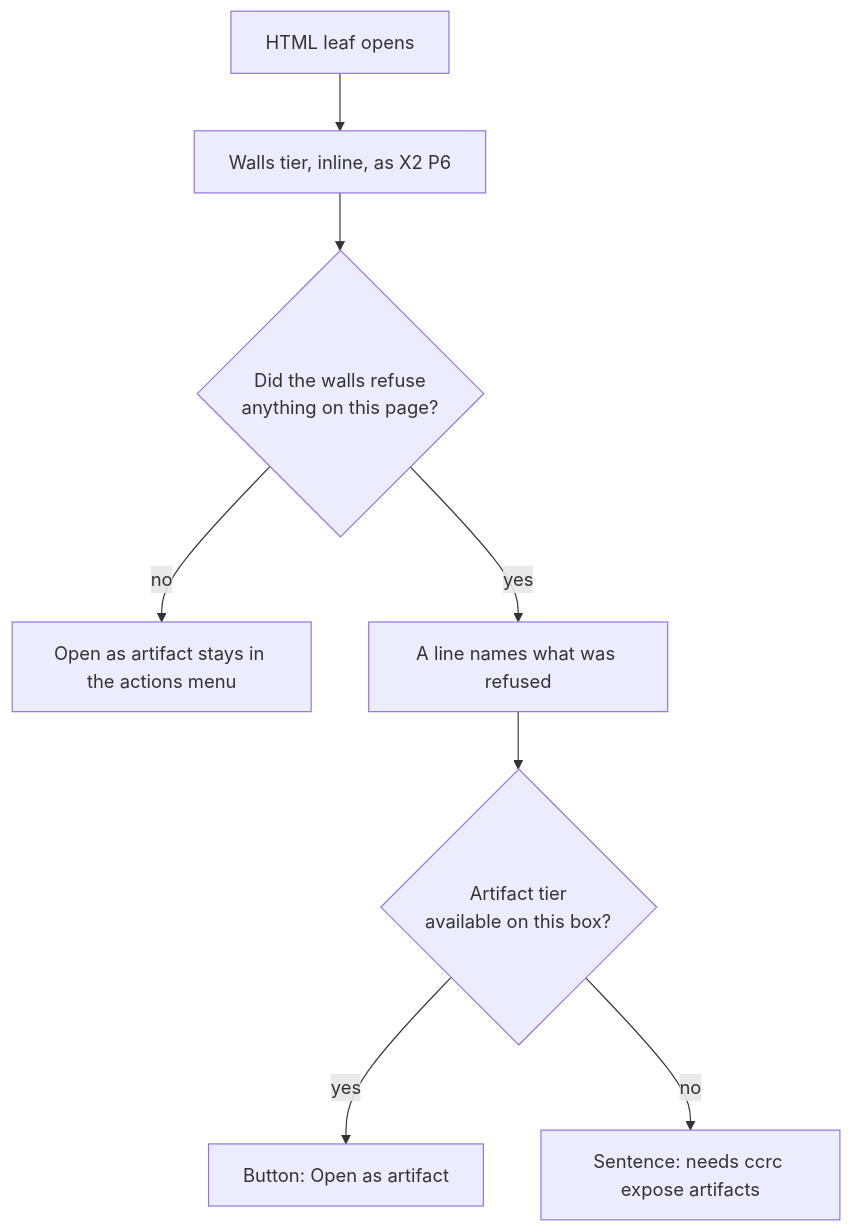
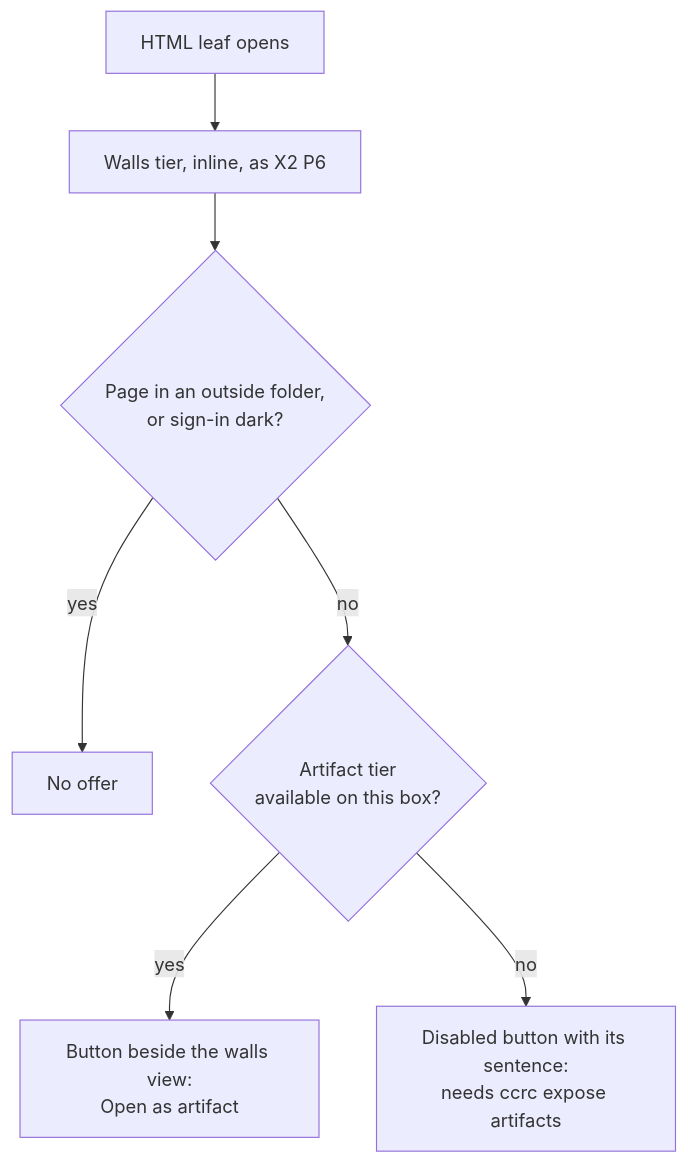
The fourth of 4 diagrams in docs/superpowers/specs/2026-11-19-native-docs-html-artifacts-design.md (Synapsium-Labs/ccrc-pwa), drawn with Mermaid before and after one commit. The commit also changed other lines of this file and 1 other file, not shown here.

First line of the commit message:
docs(docs-reader): X5 F4, Open as artifact offered on every HTML page

````diff
--- a/docs/superpowers/specs/2026-11-19-native-docs-html-artifacts-design.md
+++ b/docs/superpowers/specs/2026-11-19-native-docs-html-artifacts-design.md
@@ -379,10 +380,9 @@
 ```mermaid
 flowchart TD
   L["HTML leaf opens"] --> W["Walls tier, inline, as X2 P6"]
-  W --> Q{"Did the walls refuse<br/>anything on this page?"}
-  Q -- "no" --> N["Open as artifact stays in the actions menu"]
-  Q -- "yes" --> R["A line names what was refused"]
-  R --> H{"Artifact tier<br/>available on this box?"}
-  H -- "yes" --> B["Button: Open as artifact"]
-  H -- "no" --> T["Sentence: needs ccrc expose artifacts"]
+  W --> O{"Page in an outside folder,<br/>or sign-in dark?"}
+  O -- "yes" --> N["No offer"]
+  O -- "no" --> H{"Artifact tier<br/>available on this box?"}
+  H -- "yes" --> B["Button beside the walls view:<br/>Open as artifact"]
+  H -- "no" --> T["Disabled button with its sentence:<br/>needs ccrc expose artifacts"]
 ```
````
